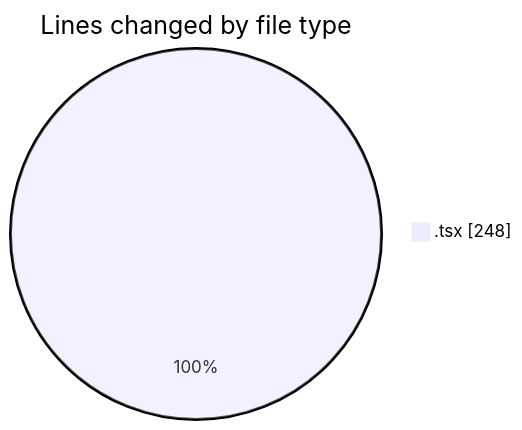
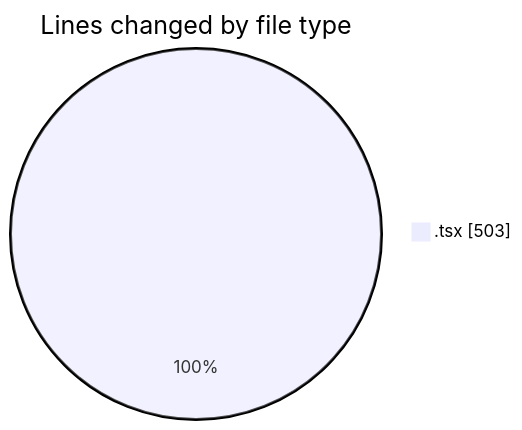
One commit to momahboobian/code-tracking changed the first of 2 diagrams in 2026-10-20/cda/README.md. Above: the diagram before and after it, drawn with Mermaid. The commit also changed other lines of this file and 1 other file, not shown here.

````diff
--- a/2026-10-20/cda/README.md
+++ b/2026-10-20/cda/README.md
@@ -20,5 +21,5 @@
 ```mermaid
 pie showData
 title Lines changed by file type
-".tsx" : 248
+".tsx" : 503
 ```
````
